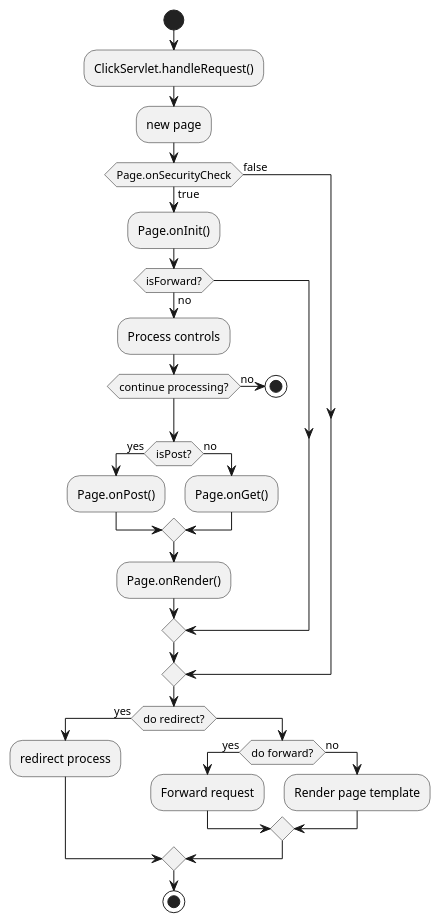
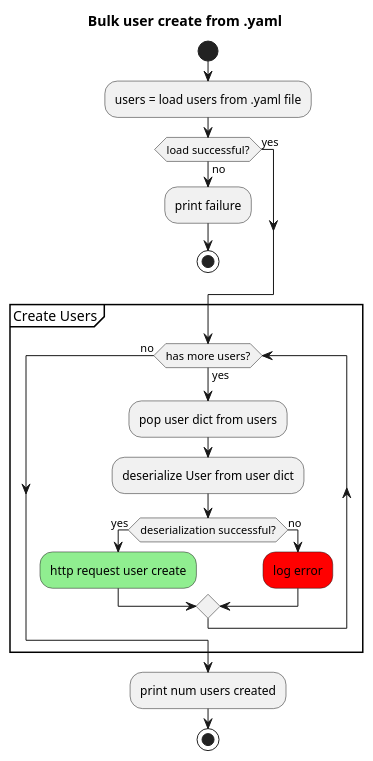
The diagram in PlantUML/activity.puml (mateuszmidor/ArchStudy), drawn with PlantUML before and after one commit. The commit also changed 3 other files, not shown here.

```diff
--- a/PlantUML/activity.puml
+++ b/PlantUML/activity.puml
@@ -1,38 +1,27 @@
 @startuml activity
 
-skinparam monochrome true
+title Bulk user create from .yaml
+!pragma useVerticalIf off
 
 start
-:ClickServlet.handleRequest();
-:new page;
-if (Page.onSecurityCheck) then (true)
-  :Page.onInit();
-  if (isForward?) then (no)
-    :Process controls;
-    if (continue processing?) then (no)
-      stop
+    :users = load users from .yaml file;
+    if (load successful?) then (no)
+        :print failure;
+        stop
+    else (yes)
     endif
 
-    if (isPost?) then (yes)
-      :Page.onPost();
-    else (no)
-      :Page.onGet();
-    endif
-    :Page.onRender();
-  endif
-else (false)
-endif
-
-if (do redirect?) then (yes)
-  :redirect process;
-else
-  if (do forward?) then (yes)
-    :Forward request;
-  else (no)
-    :Render page template;
-  endif
-endif
-
+    partition "Create Users" {
+        while (has more users?) is (yes)
+            :pop user dict from users;
+            :deserialize User from user dict;
+            if (deserialization successful?) then (yes)
+                #lightgreen:http request user create;
+            else (no)
+                #red:log error;
+            endif
+        endwhile (no)
+    }
+    :print num users created;
 stop
-
 @enduml
```
